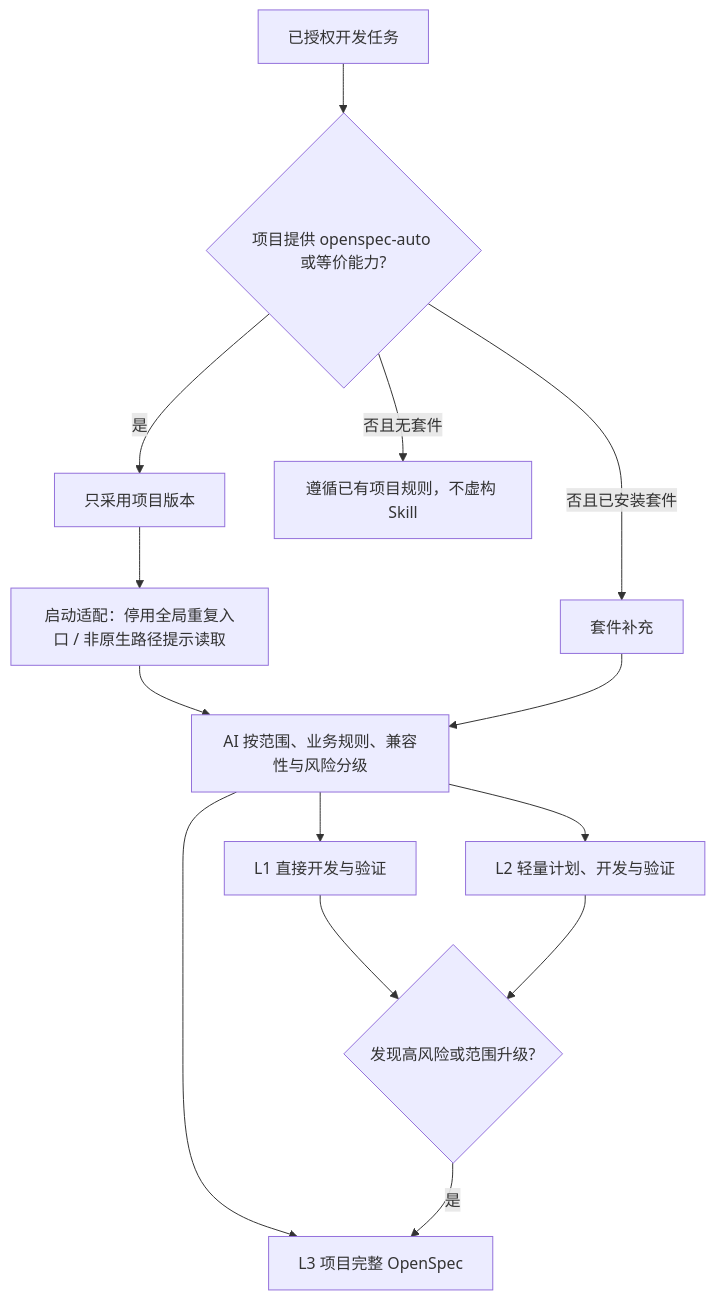
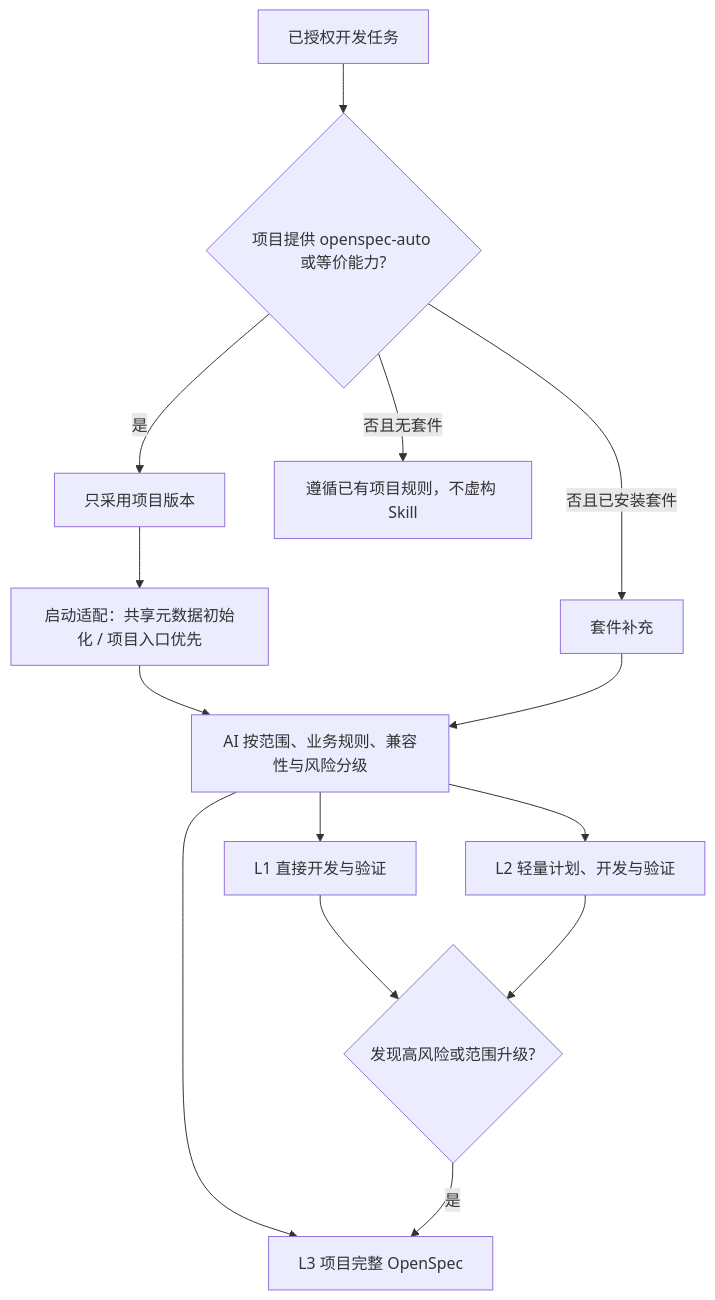
One commit to exception-coder/kai-toolbox changed the third of 40 diagrams in docs/ai-coding-architecture.md. Above: the diagram before and after it, drawn with Mermaid. The commit also changed other lines of this file and 6 other files, not shown here.

````diff
--- a/docs/ai-coding-architecture.md
+++ b/docs/ai-coding-architecture.md
@@ -71,16 +71,16 @@
 ```mermaid
 flowchart TD
     TASK["已授权开发任务"] --> LOCAL{"项目提供 openspec-auto 或等价能力?"}
     LOCAL -->|"是"| PROJECT["只采用项目版本"]
     LOCAL -->|"否且已安装套件"| GLOBAL["套件补充"]
     LOCAL -->|"否且无套件"| EXISTING["遵循已有项目规则，不虚构 Skill"]
-    PROJECT --> ADAPTER["启动适配：停用全局重复入口 / 非原生路径提示读取"]
+    PROJECT --> ADAPTER["启动适配：共享元数据初始化 / 项目入口优先"]
     ADAPTER --> LEVEL["AI 按范围、业务规则、兼容性与风险分级"]
     GLOBAL --> LEVEL
     LEVEL --> L1["L1 直接开发与验证"]
     LEVEL --> L2["L2 轻量计划、开发与验证"]
     LEVEL --> L3["L3 项目完整 OpenSpec"]
     L1 --> RISK{"发现高风险或范围升级?"}
     L2 --> RISK
     RISK -->|"是"| L3
 ```
````
